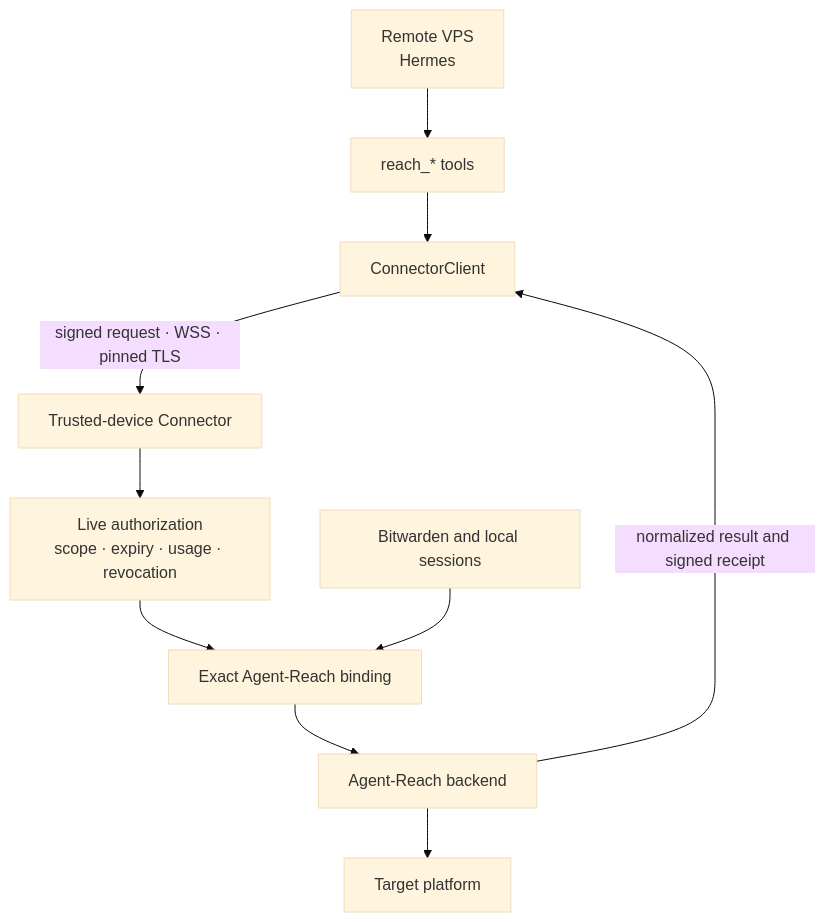
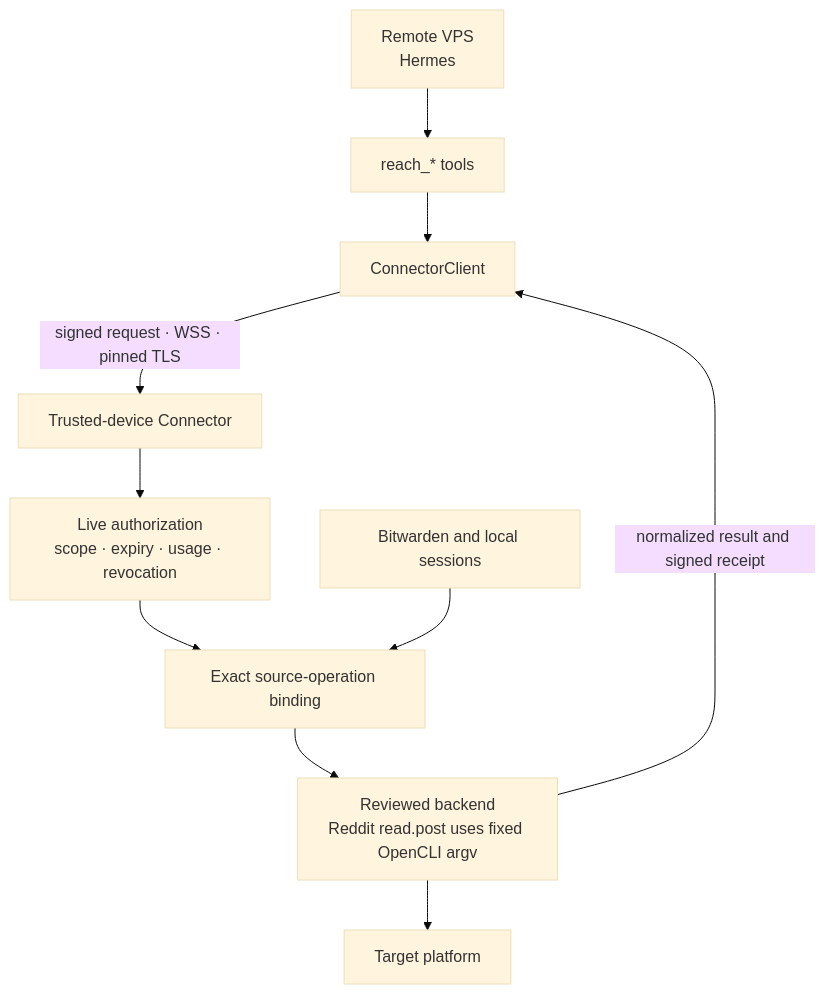
Before and after one commit to izumi0uu/hermes-reach: the second of 2 diagrams in README_EN.md, drawn with Mermaid (base theme). The commit also changed other lines of this file and 11 other files, not shown here.

Commit message:
feat(connector): add exact Reddit post reader

````diff
--- a/README_EN.md
+++ b/README_EN.md
@@ -147,12 +149,12 @@
 ```mermaid
 flowchart TD
     VPS["Remote VPS<br/>Hermes"] --> Tools["reach_* tools"]
     Tools --> Client["ConnectorClient"]
     Client -->|"signed request · WSS · pinned TLS"| Service["Trusted-device Connector"]
     Service --> Grant["Live authorization<br/>scope · expiry · usage · revocation"]
-    Grant --> Binding["Exact Agent-Reach binding"]
+    Grant --> Binding["Exact source-operation binding"]
     Secrets["Bitwarden and local sessions"] --> Binding
-    Binding --> Backend["Agent-Reach backend"]
+    Binding --> Backend["Reviewed backend<br/>Reddit read.post uses fixed OpenCLI argv"]
     Backend --> Platform["Target platform"]
     Backend -->|"normalized result and signed receipt"| Client
 ```
````
